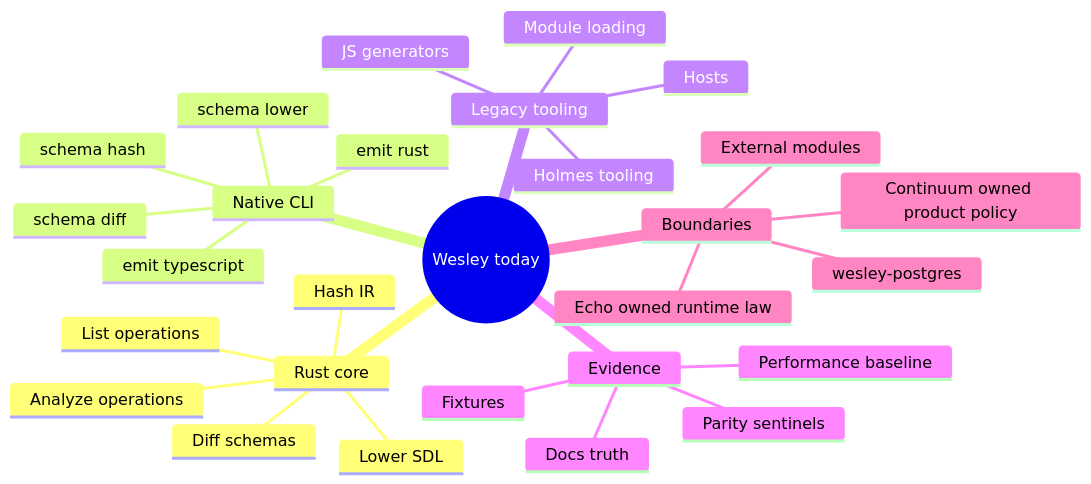
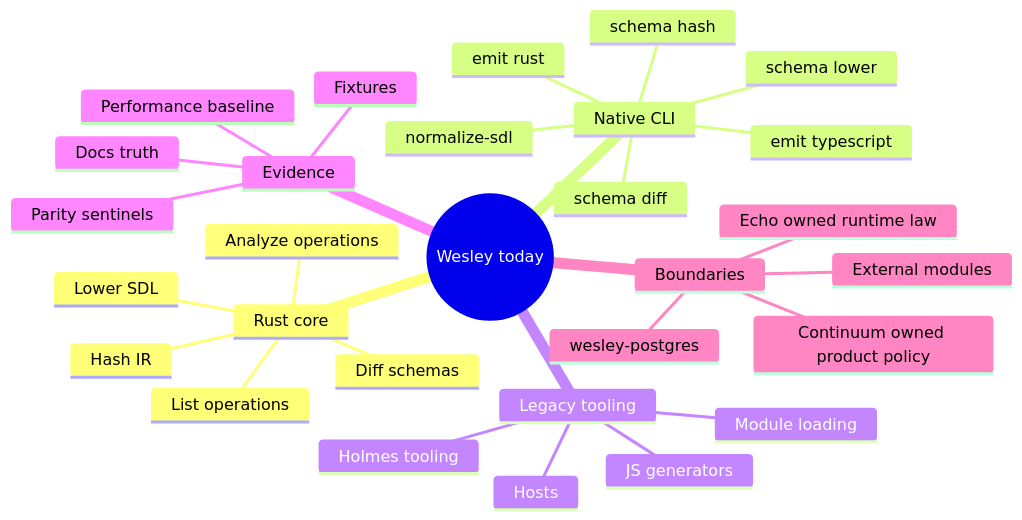
Diagram 21 of 23 in docs/END_TO_END.md (flyingrobots/wesley), drawn with Mermaid before and after one commit. The commit also changed other lines of this file and 19 other files, not shown here.

````diff
--- a/docs/END_TO_END.md
+++ b/docs/END_TO_END.md
@@ -950,31 +958,32 @@
 ```mermaid
 mindmap
     root((Wesley today))
         Rust core
             Lower SDL
             Hash IR
             Diff schemas
             List operations
             Analyze operations
         Native CLI
+            normalize-sdl
             schema lower
             schema hash
             schema diff
             emit rust
             emit typescript
         Legacy tooling
             JS generators
             Module loading
             Hosts
             Holmes tooling
         Evidence
             Fixtures
             Parity sentinels
             Performance baseline
             Docs truth
         Boundaries
             External modules
             wesley-postgres
             Echo owned runtime law
             Continuum owned product policy
 ```
````
